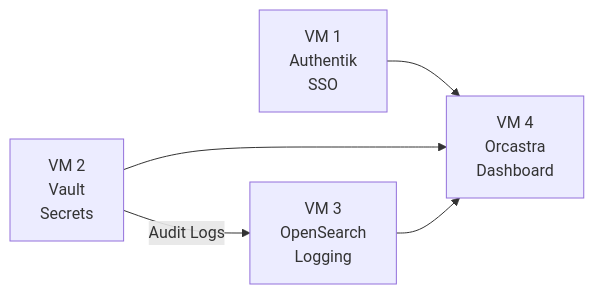
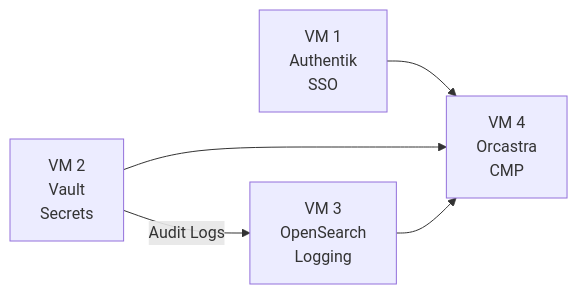
The diagram in docs/getting-started/index.md (sctsivali/orcastra-docs), drawn with Mermaid before and after one commit. The commit also changed 1 other file, not shown here.

Commit message:
docs: name the product Orcastra CMP inside the Mermaid diagrams
Kept separate from the prose rename because these are the only docs edits that
can fail CI: the PDF workflow re-renders every diagram with a pinned Mermaid
build and throws if any one of them fails, so this commit reverts on its own.

The deployment-flow node is the reason a plain search for the product name is
not enough. It reads "VM 4<br/>Orcastra<br/>Dashboard", split across a line
break, so no grep for "Orcastra Dashboard" ever matched it.

Verified locally against the same job: 11/11 diagrams render.

````diff
--- a/docs/getting-started/index.md
+++ b/docs/getting-started/index.md
@@ -19,7 +19,7 @@
 ```mermaid
 graph LR
-    A[VM 1<br/>Authentik<br/>SSO] --> D[VM 4<br/>Orcastra<br/>Dashboard]
+    A[VM 1<br/>Authentik<br/>SSO] --> D[VM 4<br/>Orcastra<br/>CMP]
     B[VM 2<br/>Vault<br/>Secrets] --> D
     C[VM 3<br/>OpenSearch<br/>Logging] --> D
     B -->|Audit Logs| C
 ```
````
